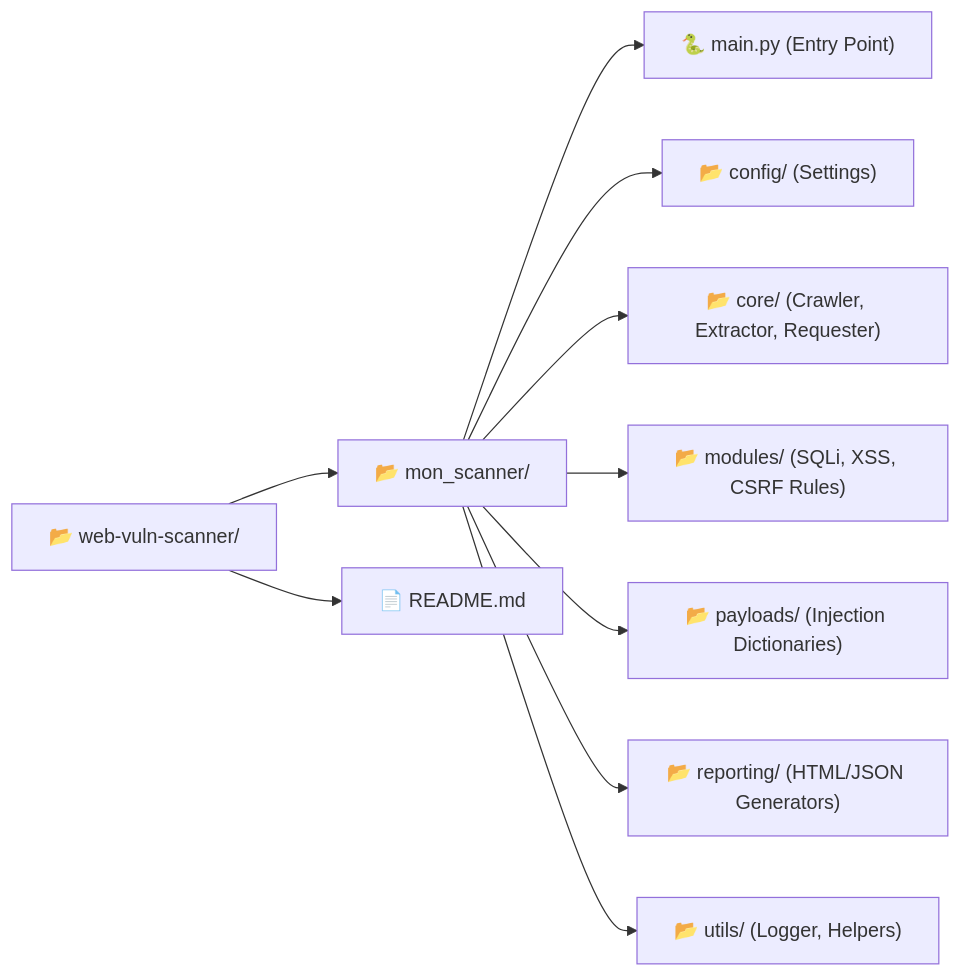
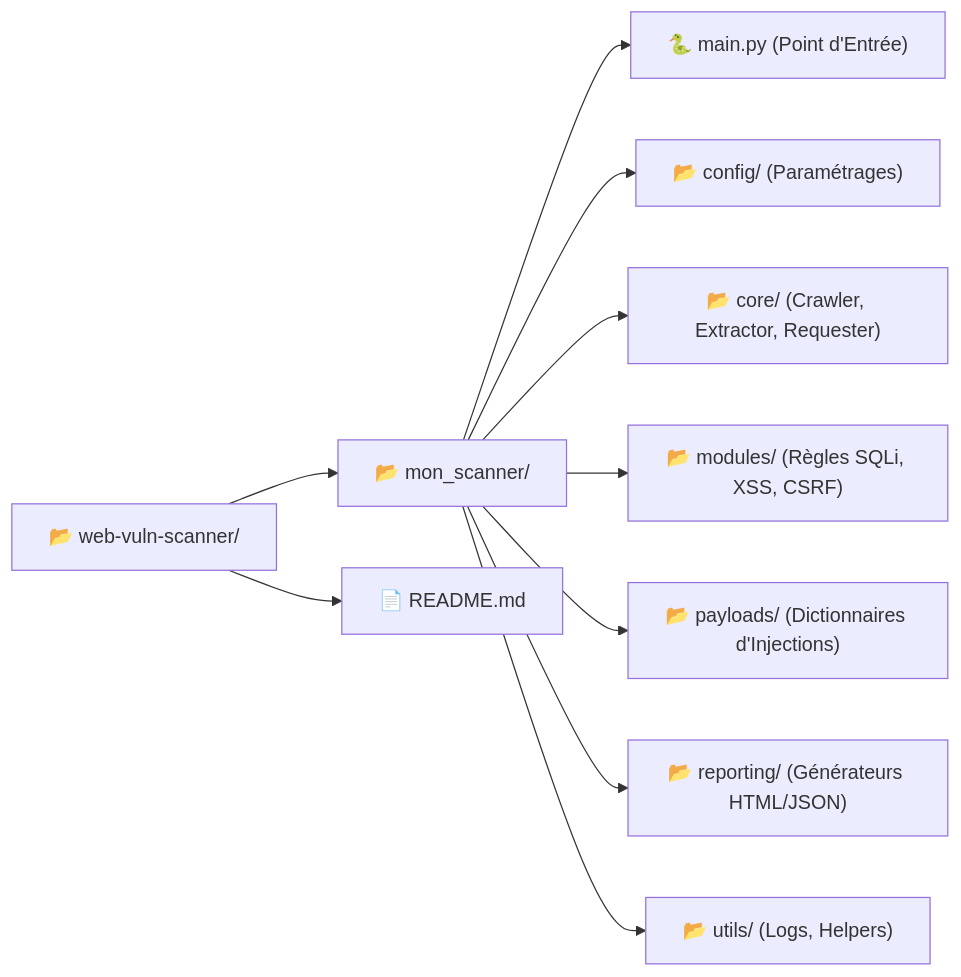
One commit to JamaiAli/web-vuln-scanner changed the second of 2 diagrams in README.md. Above: the diagram before and after it, drawn with Mermaid. The commit also changed other lines of this file, not shown here.

````diff
--- a/README.md
+++ b/README.md
@@ -56,12 +56,12 @@
 ```mermaid
 graph LR
     Root["📂 web-vuln-scanner/"] --> Scanner["📂 mon_scanner/"]
     Root --> Readme["📄 README.md"]
-    Scanner --> Main["🐍 main.py (Entry Point)"]
-    Scanner --> Config["📂 config/ (Settings)"]
+    Scanner --> Main["🐍 main.py (Point d'Entrée)"]
+    Scanner --> Config["📂 config/ (Paramétrages)"]
     Scanner --> Core["📂 core/ (Crawler, Extractor, Requester)"]
-    Scanner --> Modules["📂 modules/ (SQLi, XSS, CSRF Rules)"]
-    Scanner --> Payloads["📂 payloads/ (Injection Dictionaries)"]
-    Scanner --> Reporting["📂 reporting/ (HTML/JSON Generators)"]
-    Scanner --> Utils["📂 utils/ (Logger, Helpers)"]
+    Scanner --> Modules["📂 modules/ (Règles SQLi, XSS, CSRF)"]
+    Scanner --> Payloads["📂 payloads/ (Dictionnaires d'Injections)"]
+    Scanner --> Reporting["📂 reporting/ (Générateurs HTML/JSON)"]
+    Scanner --> Utils["📂 utils/ (Logs, Helpers)"]
 ```
````
